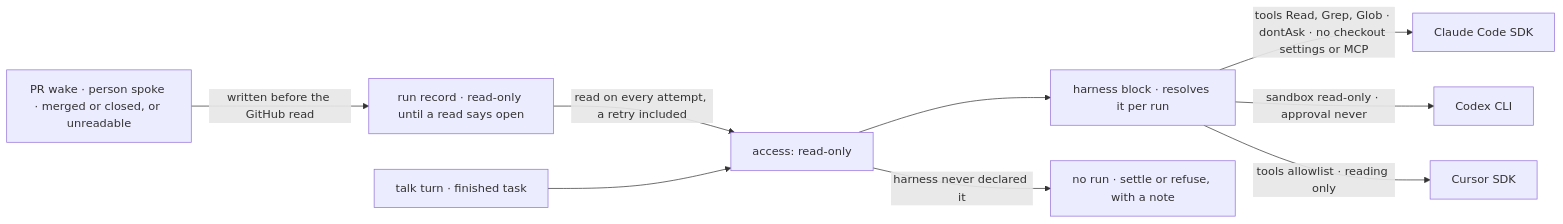
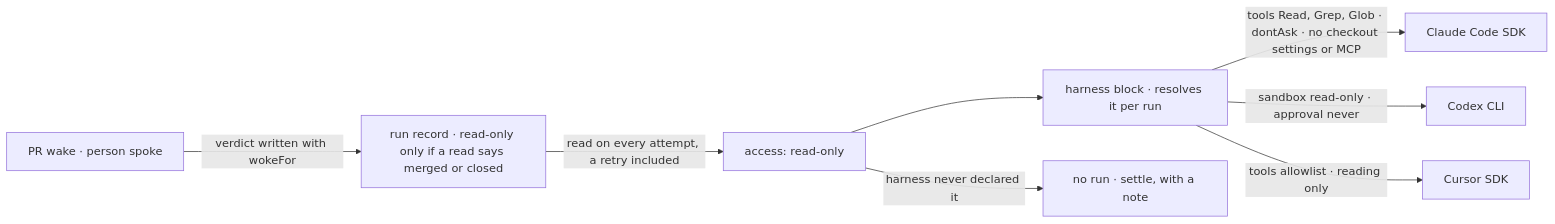
The second of 2 diagrams in specs/issues/FIX-2900/SPEC.md (fixpoint-labs/flow-state-dev), drawn with Mermaid before and after one commit. The commit also changed other lines of this file and 3 other files, not shown here.

First line of the commit message:
spec(FIX-2900): Jake's calls: PR wake only (D3); full access when GitHub can't be read

````diff
--- a/specs/issues/FIX-2900/SPEC.md
+++ b/specs/issues/FIX-2900/SPEC.md
@@ -81,11 +81,10 @@
 ```mermaid
 flowchart LR
-  W["PR wake · person spoke · merged or closed, or unreadable"] -->|"written before the GitHub read"| RR["run record · read-only until a read says open"]
+  W["PR wake · person spoke"] -->|"verdict written with wokeFor"| RR["run record · read-only only if a read says merged or closed"]
   RR -->|"read on every attempt, a retry included"| A["access: read-only"]
-  T["talk turn · finished task"] --> A
   A --> H["harness block · resolves it per run"]
   H -->|"tools Read, Grep, Glob · dontAsk · no checkout settings or MCP"| CC["Claude Code SDK"]
   H -->|"sandbox read-only · approval never"| CX["Codex CLI"]
   H -->|"tools allowlist · reading only"| CU["Cursor SDK"]
-  A -->|"harness never declared it"| N["no run · settle or refuse, with a note"]
+  A -->|"harness never declared it"| N["no run · settle, with a note"]
 ```
````
